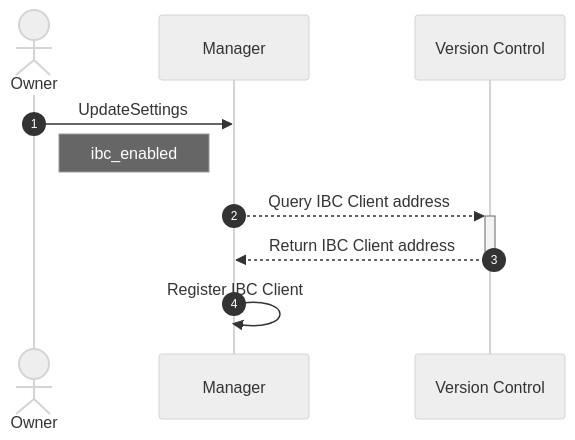
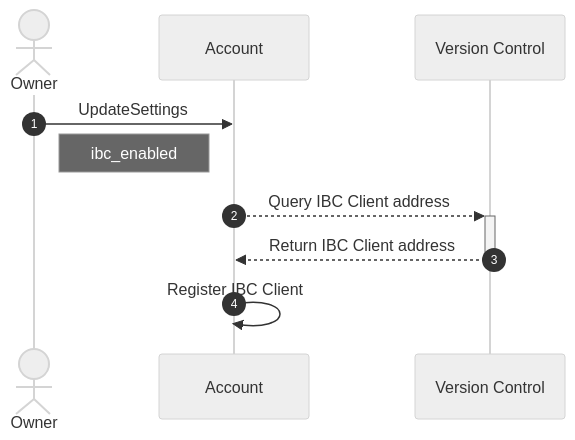
Before and after one commit to AbstractSDK/abstract: the third of 3 diagrams in framework/docs/src/3_framework/3_architecture.md, drawn with Mermaid (neutral theme). The commit also changed other lines of this file, not shown here.

Commit message:
update Architecture doc

````diff
--- a/framework/docs/src/3_framework/3_architecture.md
+++ b/framework/docs/src/3_framework/3_architecture.md
@@ -88,13 +62,13 @@
 ```mermaid
 sequenceDiagram
     autonumber
     actor U as Owner
-    participant M as Manager
+    participant M as Account
     participant VC as Version Control
 
     U ->> M: UpdateSettings
     Note right of U: ibc_enabled
     M -->>+ VC: Query IBC Client address
     VC -->>- M: Return IBC Client address
     M ->> M: Register IBC Client
 ```
````
